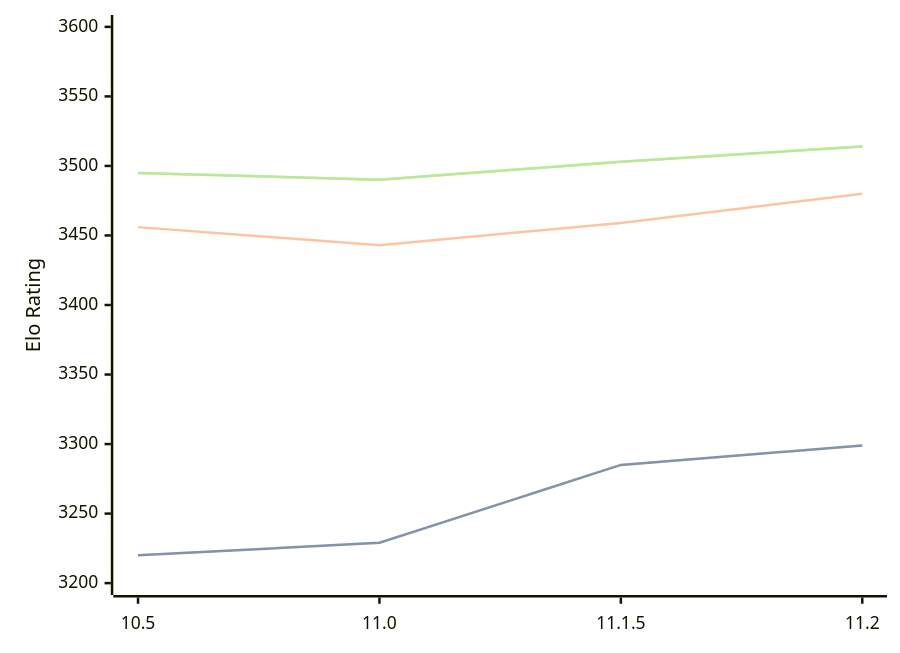
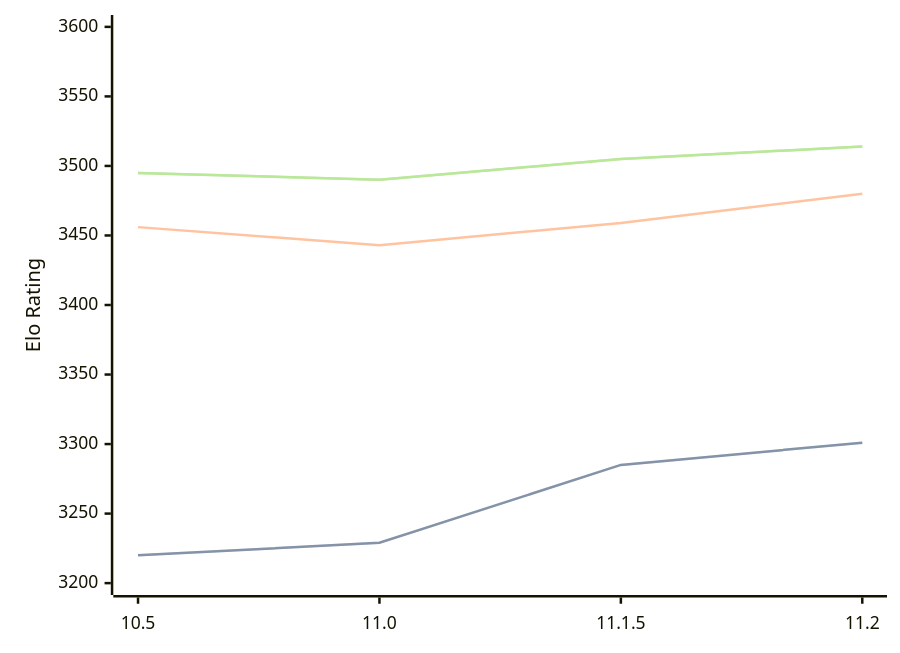
One commit to computer-chess-index/cci changed the diagram in engines/Lizard.md. Above: the diagram before and after it, drawn with Mermaid. The commit also changed other lines of this file, not shown here.

Commit message:
Update CCI Ratings (ELO VLTC) - 2026-08-23

````diff
--- a/engines/Lizard.md
+++ b/engines/Lizard.md
@@ -34,11 +34,11 @@
 ```mermaid
 %%{init: {"theme":"base","themeVariables":{"seriesColors:['#a3a3a3','#222221','#faa371']}}}%%
 xychart-beta
   x-axis ["10.5", "11.0", "11.1.5", "11.2"]
   y-axis "Elo Rating" 3200 --> 3600
-  line "STC (8.0+0.08s)" [3220, 3229, 3285, 3299]
-  line "STC (8.0+0.08s)" [3220, 3229, 3285, 3299]
+  line "STC (8.0+0.08s)" [3220, 3229, 3285, 3301]
+  line "STC (8.0+0.08s)" [3220, 3229, 3285, 3301]
   line "LTC (60.0+0.60s)" [3456, 3443, 3459, 3480]
-  line "VLTC (2m24s+1.12s)" [3495, 3490, 3503, 3514]
-  line "VLTC (2m24s+1.12s)" [3495, 3490, 3503, 3514]
+  line "VLTC (2m24s+1.12s)" [3495, 3490, 3505, 3514]
+  line "VLTC (2m24s+1.12s)" [3495, 3490, 3505, 3514]
 ```
````
